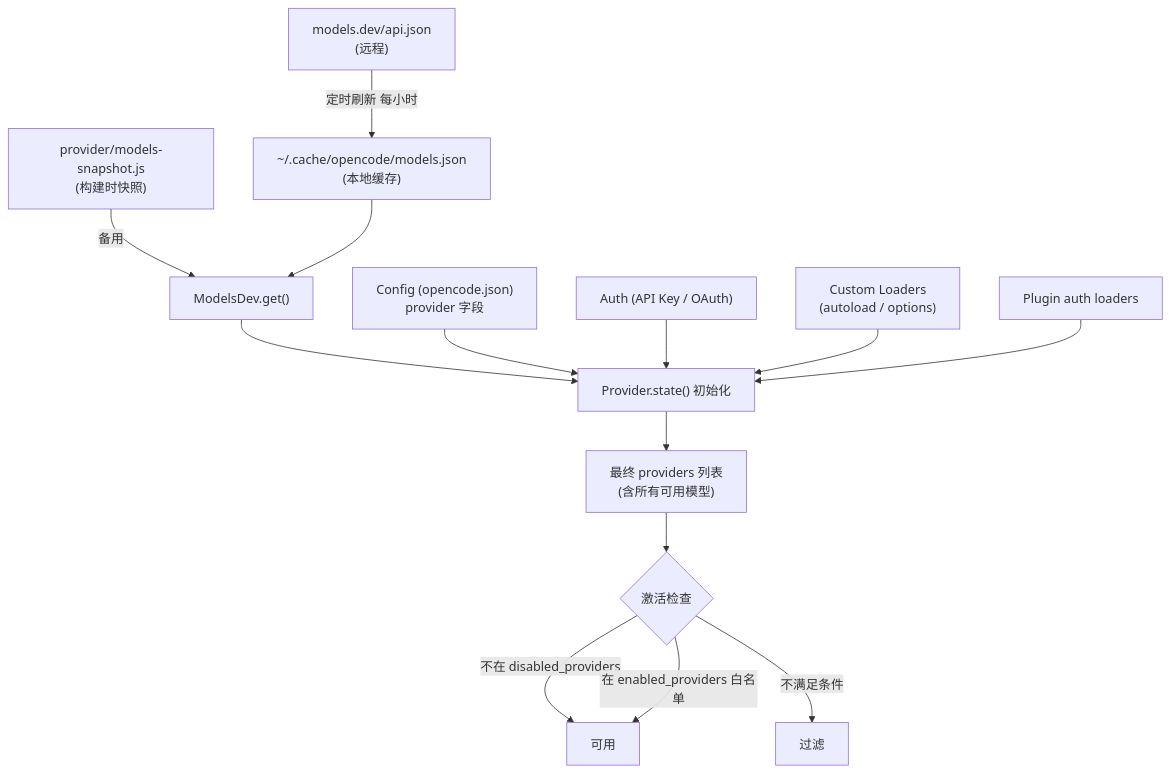
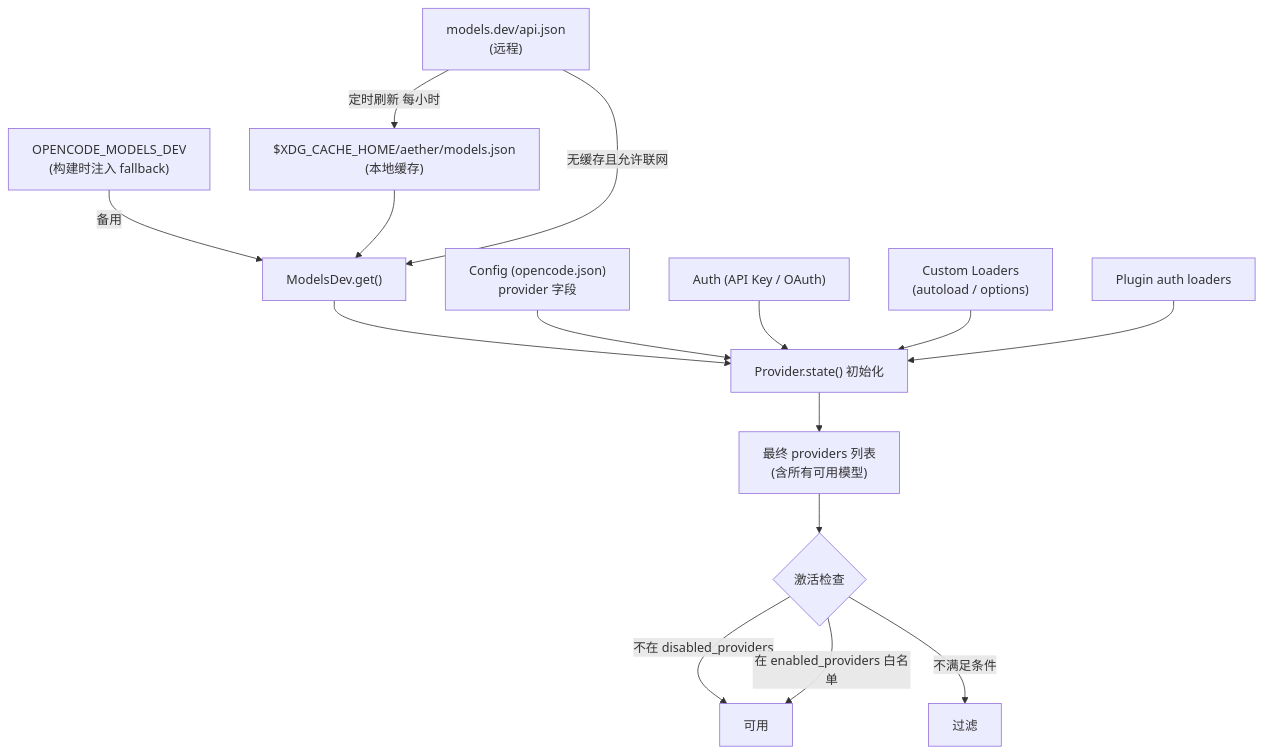
Before and after one commit to Science-Discovery/Aether: the fifth of 6 diagrams in docs/llm-call-chain.md, drawn with Mermaid. The commit also changed 12 other files, not shown here.

First line of the commit message:
refactor(provider): replace models-snapshot runtime import with build-time OPENCODE_MODELS_DEV define

````diff
--- a/docs/llm-call-chain.md
+++ b/docs/llm-call-chain.md
@@ -199,19 +199,20 @@
 ```mermaid
 flowchart TB
-    A["models.dev/api.json<br/>(远程)"] -->|定时刷新 每小时| B["~/.cache/opencode/models.json<br/>(本地缓存)"]
-    C["provider/models-snapshot.js<br/>(构建时快照)"] -->|备用| D["ModelsDev.get()"]
+    A["models.dev/api.json<br/>(远程)"] -->|定时刷新 每小时| B["$XDG_CACHE_HOME/aether/models.json<br/>(本地缓存)"]
+    C["OPENCODE_MODELS_DEV<br/>(构建时注入 fallback)"] -->|备用| D["ModelsDev.get()"]
     B --> D
+    A -->|无缓存且允许联网| D
     D --> E["Provider.state() 初始化"]
 
     F["Config (opencode.json)<br/>provider 字段"] --> E
     G["Auth (API Key / OAuth)"] --> E
     H["Custom Loaders<br/>(autoload / options)"] --> E
     I["Plugin auth loaders"] --> E
 
     E --> J["最终 providers 列表<br/>(含所有可用模型)"]
 
     J --> K{激活检查}
     K -->|不在 disabled_providers| L["可用"]
     K -->|在 enabled_providers 白名单| L
     K -->|不满足条件| M["过滤"]
 ```
````
